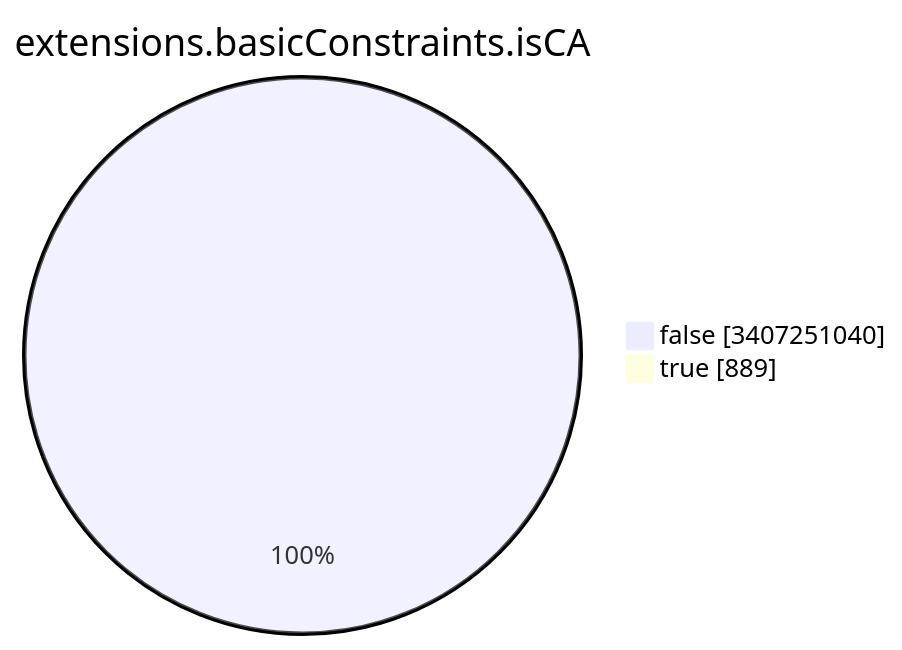
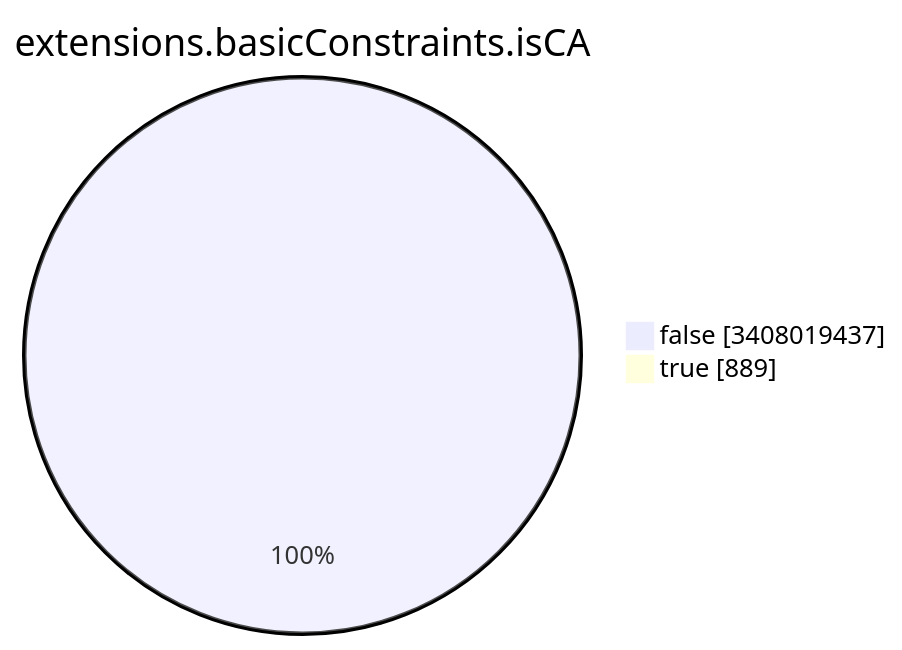
One commit to christiankrug/ctmonitor_visualization changed the seventh of 15 diagrams in TOTAL/README.md. Above: the diagram before and after it, drawn with Mermaid. The commit also changed other lines of this file, not shown here.

````diff
--- a/TOTAL/README.md
+++ b/TOTAL/README.md
@@ -3091,6 +3092,6 @@
 ```mermaid
 pie showData
 title extensions.basicConstraints.isCA
-"false" :3407251040
+"false" :3408019437
 "true" :889
 ```
````
